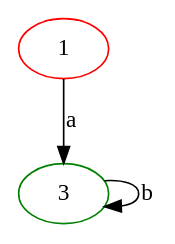
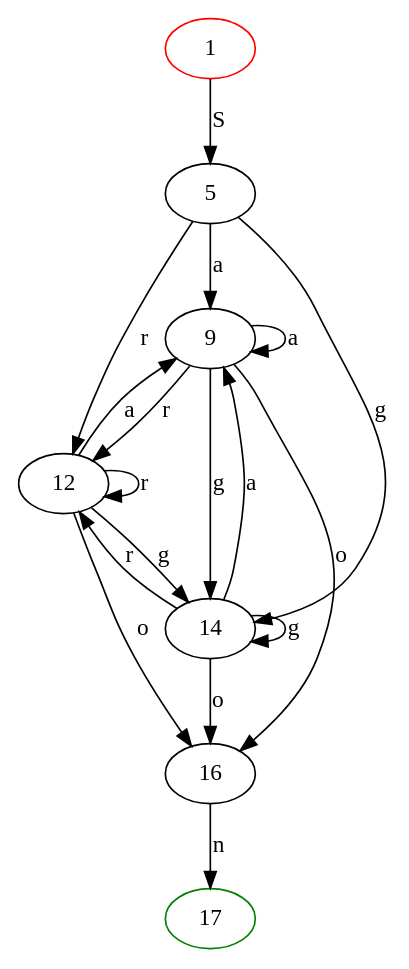
Before and after one commit to aboubacardiawara/DAAR: the diagram in tme1/regex/derministicAutomate.dot, drawn with Graphviz. The commit also changed 7 other files, not shown here.

```diff
--- a/tme1/regex/derministicAutomate.dot
+++ b/tme1/regex/derministicAutomate.dot
@@ -1,7 +1,22 @@
 digraph {
 	1 [color="red"]
-	1 -> 3 [label="a"]
-	3 [color="green"]
-	3 [color="green"]
-	3 -> 3 [label="b"]
+	1 -> 5 [label="S"]
+	5 -> 9 [label="a"]
+	9 -> 9 [label="a"]
+	9 -> 12 [label="r"]
+	12 -> 9 [label="a"]
+	12 -> 12 [label="r"]
+	12 -> 14 [label="g"]
+	14 -> 9 [label="a"]
+	14 -> 12 [label="r"]
+	14 -> 14 [label="g"]
+	14 -> 16 [label="o"]
+	17 [color="green"]
+	16 -> 17 [label="n"]
+	17 [color="green"]
+	12 -> 16 [label="o"]
+	9 -> 14 [label="g"]
+	9 -> 16 [label="o"]
+	5 -> 12 [label="r"]
+	5 -> 14 [label="g"]
 }
```
